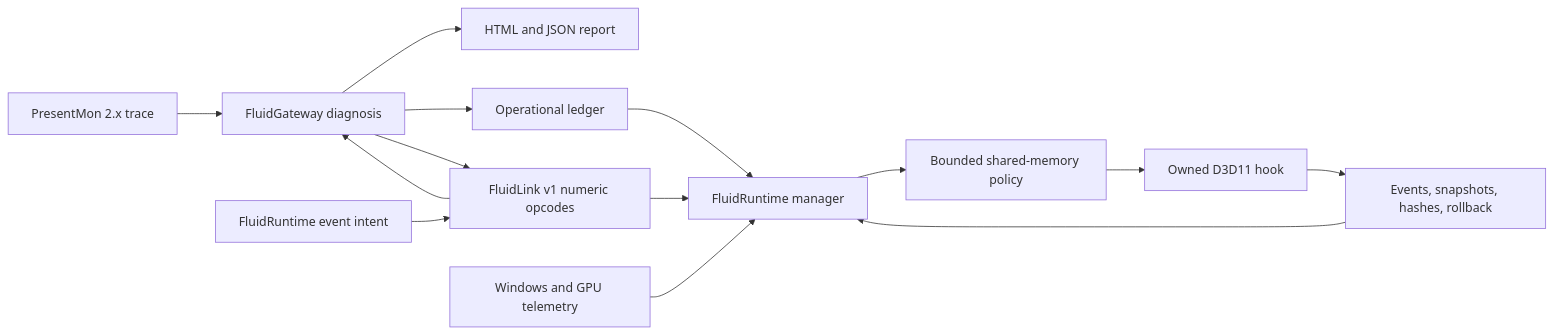
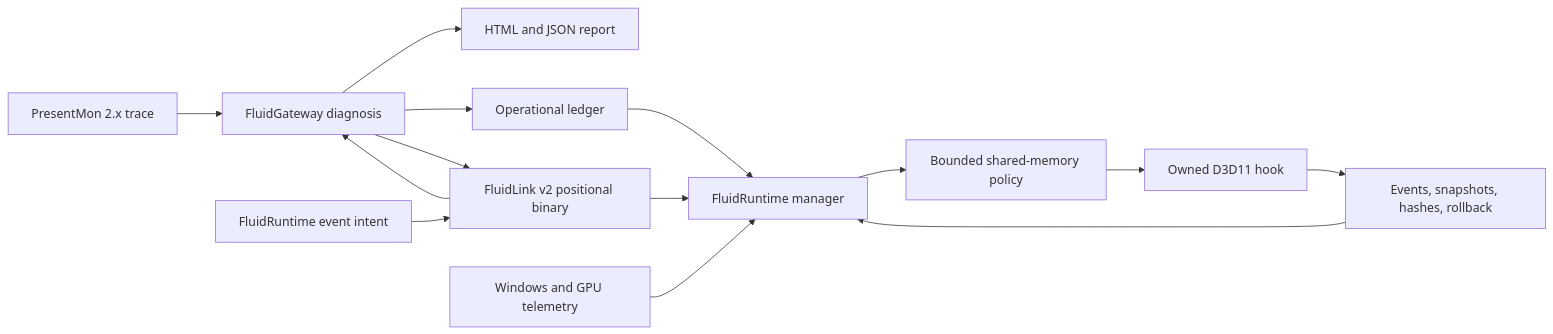
One commit to maxhuntert1414-max/FluidGateway changed the diagram in README.md. Above: the diagram before and after it, drawn with Mermaid. The commit also changed other lines of this file and 11 other files, not shown here.

Commit message:
feat: add FluidLink v2 positional binary transport

````diff
--- a/README.md
+++ b/README.md
@@ -114,16 +114,16 @@
 ```mermaid
 flowchart LR
     PM["PresentMon 2.x trace"] --> FG["FluidGateway diagnosis"]
     FG --> HR["HTML and JSON report"]
     FG --> OL["Operational ledger"]
-    FR["FluidRuntime event intent"] --> FL["FluidLink v1 numeric opcodes"]
+    FR["FluidRuntime event intent"] --> FL["FluidLink v2 positional binary"]
     FL --> FG
     FG --> FL
     FL --> MR["FluidRuntime manager"]
     OL --> MR
     WT["Windows and GPU telemetry"] --> MR
     MR --> CP["Bounded shared-memory policy"]
     CP --> HK["Owned D3D11 hook"]
     HK --> EV["Events, snapshots, hashes, rollback"]
     EV --> MR
 ```
````
